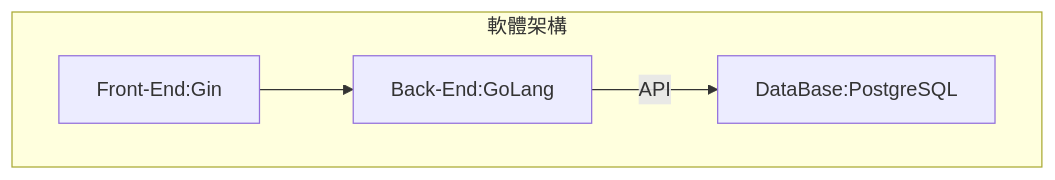
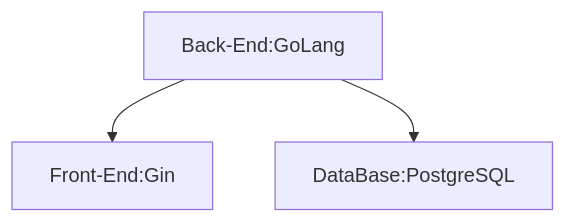
The diagram in hackmd/Unit0.md (isaaclu0897/go-web), drawn with Mermaid before and after one commit. The commit also changed other lines of this file and 1 other file, not shown here.

Commit message:
Update the note for hackmd

````diff
--- a/hackmd/Unit0.md
+++ b/hackmd/Unit0.md
@@ -116,9 +38,15 @@
 ```mermaid
 graph TD;
 
-subgraph 軟體架構
-Front-End:Gin --> Back-End:GoLang
-Back-End:GoLang -- API --> DataBase:PostgreSQL;
-end
+%% defined node
+
+Front-End[Front-End:Gin]
+Back-End[Back-End:GoLang]
+DataBase[DataBase:PostgreSQL]
+
+%% defined flow
+
+Back-End --> Front-End & DataBase
+%% Back-End --> DataBase;
 
 ```
````
